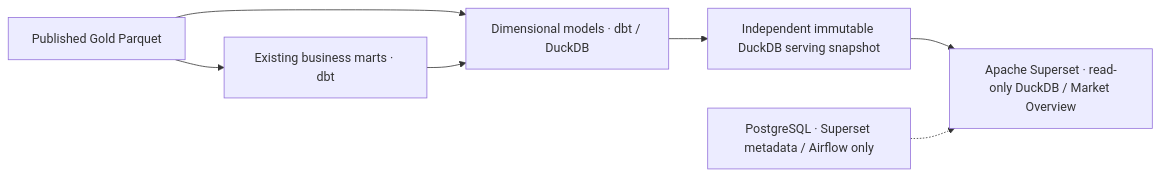
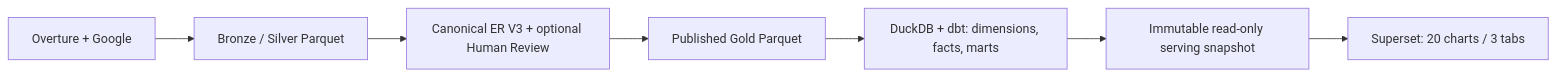
Before and after one commit to hoamgh/fnb-data-platform: the diagram in README.md, drawn with Mermaid. The commit also changed other lines of this file and 14 other files, not shown here.

````diff
--- a/README.md
+++ b/README.md
@@ -7,9 +5,9 @@
 ```mermaid
 flowchart LR
-    A["Published Gold Parquet"] --> M["Existing business marts · dbt"]
-    A --> D["Dimensional models · dbt / DuckDB"]
-    M --> D
-    D --> L["Independent immutable DuckDB serving snapshot"]
-    L --> S["Apache Superset · read-only DuckDB / Market Overview"]
-    P["PostgreSQL · Superset metadata / Airflow only"] -.-> S
+    S[Overture + Google] --> B[Bronze / Silver Parquet]
+    B --> E[Canonical ER V3 + optional Human Review]
+    E --> G[Published Gold Parquet]
+    G --> D[DuckDB + dbt: dimensions, facts, marts]
+    D --> V[Immutable read-only serving snapshot]
+    V --> U[Superset: 20 charts / 3 tabs]
 ```
````
